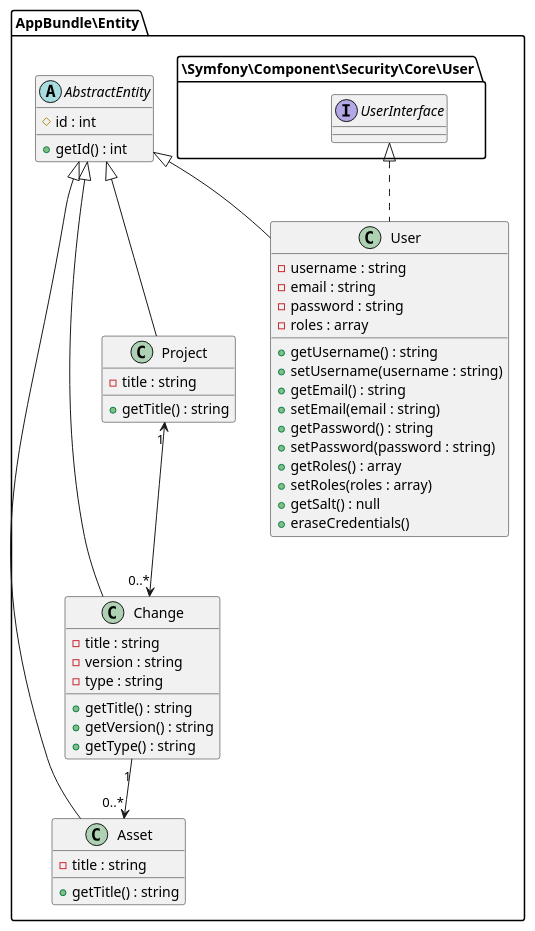
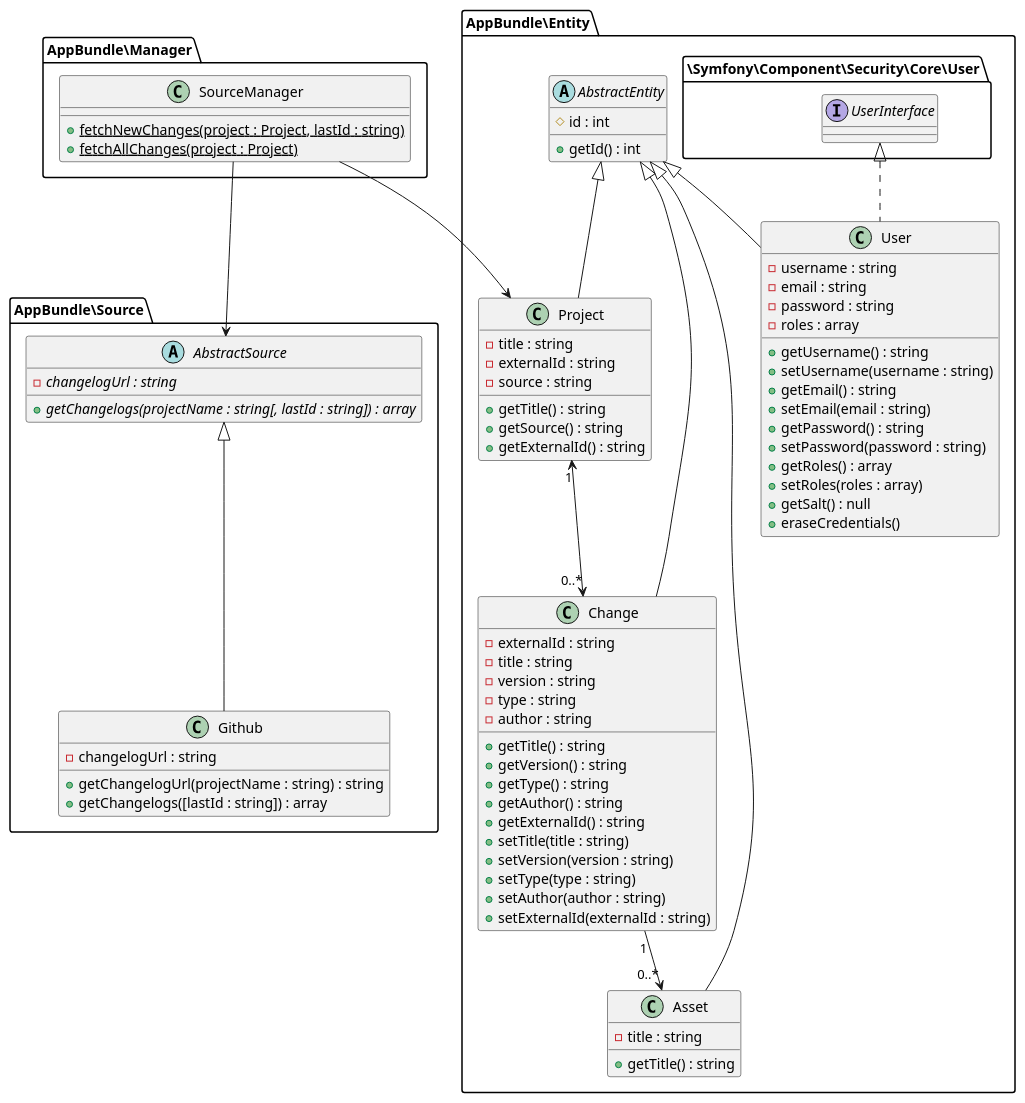
The diagram in src/AppBundle/Documentation/entities.puml (saitho/changebrowser), drawn with PlantUML before and after one commit. The commit also changed 5 other files, not shown here.

```diff
--- a/src/AppBundle/Documentation/entities.puml
+++ b/src/AppBundle/Documentation/entities.puml
@@ -1,46 +1,82 @@
 @startuml
+
+namespace AppBundle\Source {
+    abstract class AbstractSource {
+        {abstract} - changelogUrl : string
+        {abstract} + getChangelogs(projectName : string[, lastId : string]) : array
+    }
+    class Github extends AbstractSource {
+        - changelogUrl : string
+        + getChangelogUrl(projectName : string) : string
+        + getChangelogs([lastId : string]) : array
+    }
+}
+
+AppBundle\Manager.SourceManager --> AppBundle\Entity.Project
+AppBundle\Manager.SourceManager --> AppBundle\Source.AbstractSource
+
+namespace AppBundle\Manager {
+    class SourceManager {
+        + {static} fetchNewChanges(project : Project, lastId : string)
+        + {static} fetchAllChanges(project : Project)
+    }
+}
+
 
 namespace AppBundle\Entity {
     abstract class AbstractEntity {
         # id : int
         + getId() : int
     }
     class Asset extends AbstractEntity {
         - title : string
         + getTitle() : string
     }
     class Change extends AbstractEntity {
+        - externalId : string
         - title : string
         - version : string
         - type : string
+        - author : string
         + getTitle() : string
         + getVersion() : string
         + getType() : string
+        + getAuthor() : string
+        + getExternalId() : string
+        + setTitle(title : string)
+        + setVersion(version : string)
+        + setType(type : string)
+        + setAuthor(author : string)
+        + setExternalId(externalId : string)
     }
     class Project extends AbstractEntity {
         - title : string
+        - externalId : string
+        - source : string
         + getTitle() : string
+        + getSource() : string
+        + getExternalId() : string
     }
     class User extends AbstractEntity implements \Symfony\Component\Security\Core\User.UserInterface {
         - username : string
         - email : string
         - password : string
         - roles : array
         + getUsername() : string
         + setUsername(username : string)
         + getEmail() : string
         + setEmail(email : string)
         + getPassword() : string
         + setPassword(password : string)
         + getRoles() : array
         + setRoles(roles : array)
         + getSalt() : null
         + eraseCredentials()
     }
 
     Change "1" --> "0..*" Asset
     Project "1" <--> "0..*" Change
 }
 
 
 @enduml
```
